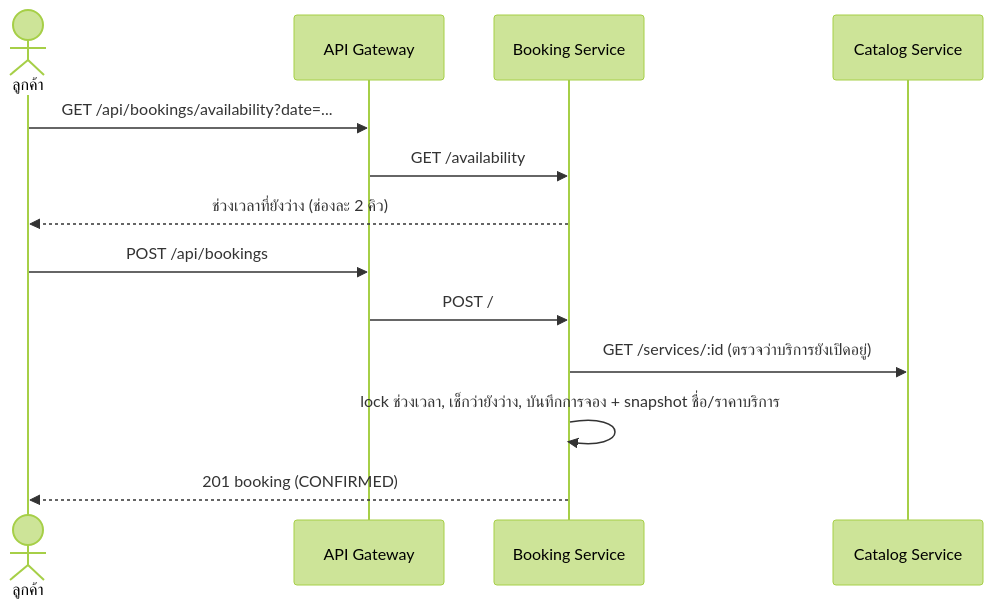
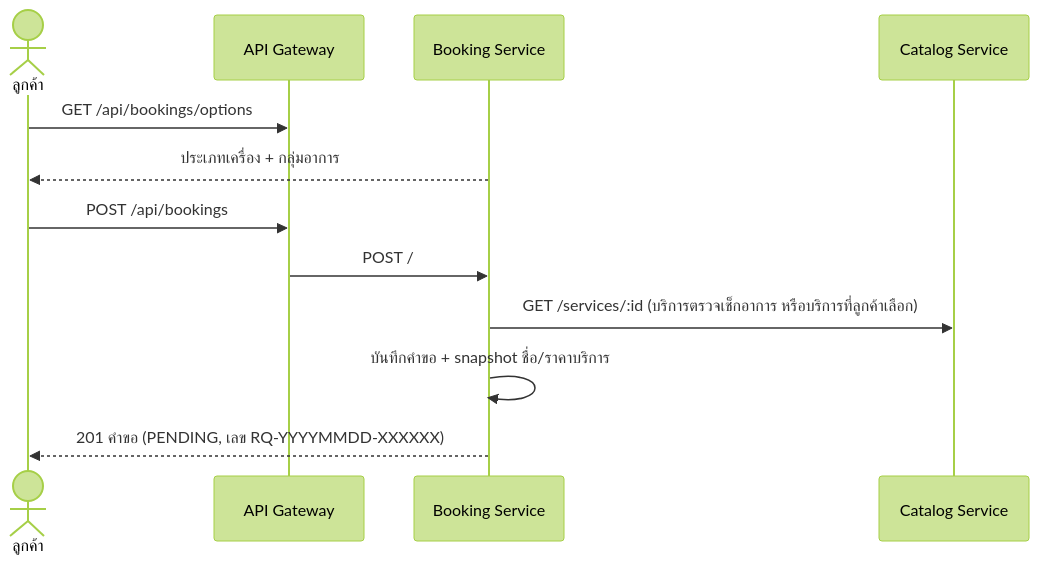
One commit to Best-Boun/Com-tle changed the second of 2 diagrams in README.md. Above: the diagram before and after it, drawn with Mermaid (forest theme). The commit also changed other lines of this file and 34 other files, not shown here.

First line of the commit message:
feat(booking): repair requests instead of appointment bookings (tasks 1, 15)

````diff
--- a/README.md
+++ b/README.md
@@ -75,15 +75,14 @@
 ```mermaid
 sequenceDiagram
     actor C as ลูกค้า
     participant GW as API Gateway
     participant BS as Booking Service
     participant CS as Catalog Service
-    C->>GW: GET /api/bookings/availability?date=...
-    GW->>BS: GET /availability
-    BS-->>C: ช่วงเวลาที่ยังว่าง (ช่องละ 2 คิว)
+    C->>GW: GET /api/bookings/options
+    BS-->>C: ประเภทเครื่อง + กลุ่มอาการ
     C->>GW: POST /api/bookings
     GW->>BS: POST /
-    BS->>CS: GET /services/:id (ตรวจว่าบริการยังเปิดอยู่)
-    BS->>BS: lock ช่วงเวลา, เช็กว่ายังว่าง, บันทึกการจอง + snapshot ชื่อ/ราคาบริการ
-    BS-->>C: 201 booking (CONFIRMED)
+    BS->>CS: GET /services/:id (บริการตรวจเช็กอาการ หรือบริการที่ลูกค้าเลือก)
+    BS->>BS: บันทึกคำขอ + snapshot ชื่อ/ราคาบริการ
+    BS-->>C: 201 คำขอ (PENDING, เลข RQ-YYYYMMDD-XXXXXX)
 ```
````
